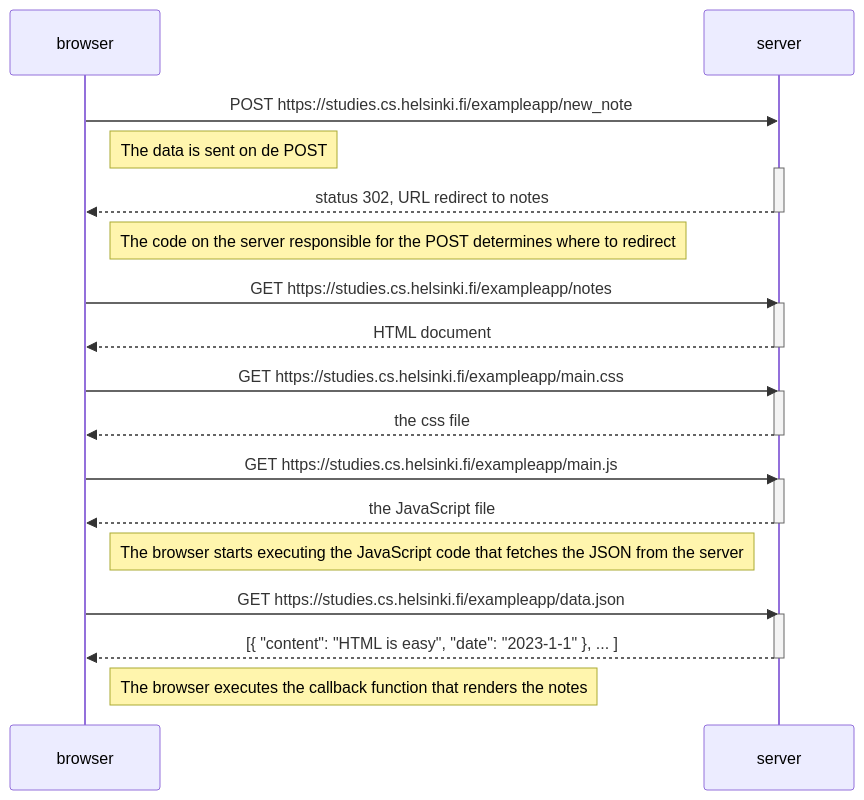
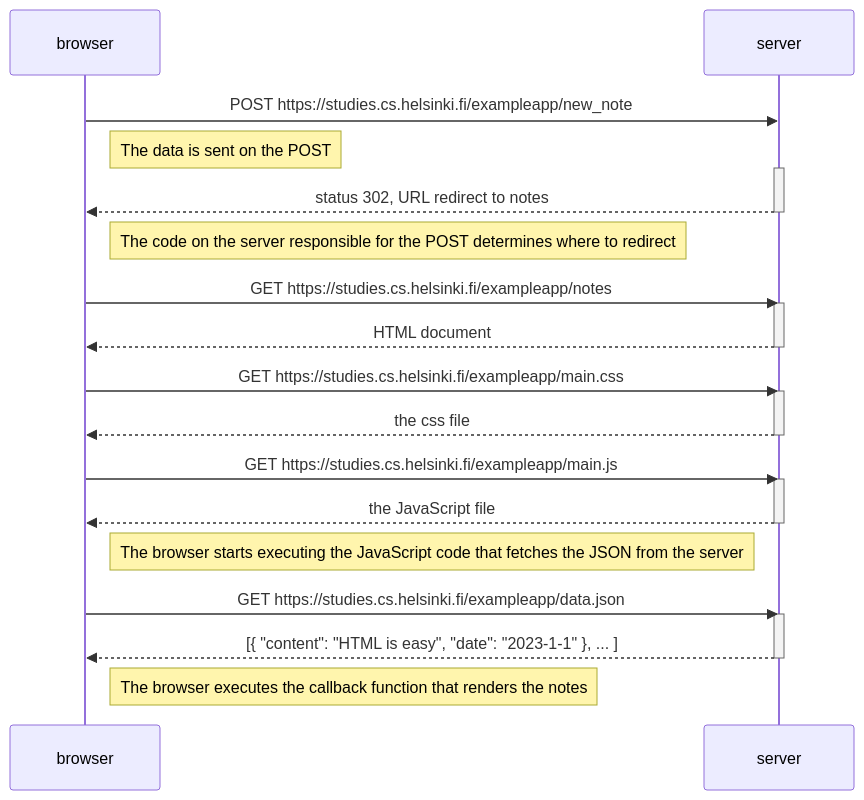
One commit to gbournigal/fullstackopen changed the diagram in part0/exe4/diagram4.md. Above: the diagram before and after it, drawn with Mermaid.

Commit message:
fixing typo

````diff
--- a/part0/exe4/diagram4.md
+++ b/part0/exe4/diagram4.md
@@ -1,37 +1,37 @@
 ```mermaid
 sequenceDiagram
 participant browser
 participant server
 
 browser->>server: POST https://studies.cs.helsinki.fi/exampleapp/new_note
-Note right of browser: The data is sent on de POST
+Note right of browser: The data is sent on the POST
 activate server
 server-->>browser: status 302, URL redirect to notes
 deactivate server
 
 Note right of browser: The code on the server responsible for the POST determines where to redirect
 
 browser->>server: GET https://studies.cs.helsinki.fi/exampleapp/notes
 activate server
 server-->>browser: HTML document
 deactivate server
 
 browser->>server: GET https://studies.cs.helsinki.fi/exampleapp/main.css
 activate server
 server-->>browser: the css file
 deactivate server
 
 browser->>server: GET https://studies.cs.helsinki.fi/exampleapp/main.js
 activate server
 server-->>browser: the JavaScript file
 deactivate server
 
 Note right of browser: The browser starts executing the JavaScript code that fetches the JSON from the server
 
 browser->>server: GET https://studies.cs.helsinki.fi/exampleapp/data.json
 activate server
 server-->>browser: [{ "content": "HTML is easy", "date": "2023-1-1" }, ... ]
 deactivate server
 
 Note right of browser: The browser executes the callback function that renders the notes
 ```
````
